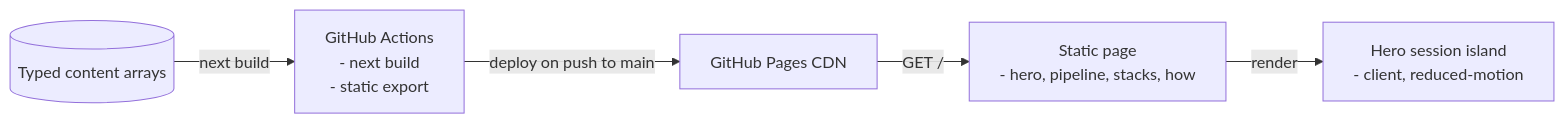
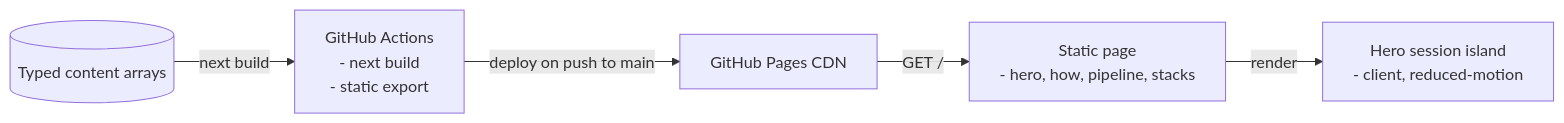
One commit to elleskay/platform-site changed the first of 4 diagrams in README.md. Above: the diagram before and after it, drawn with Mermaid. The commit also changed other lines of this file and 9 other files, not shown here.

````diff
--- a/README.md
+++ b/README.md
@@ -85,7 +85,7 @@
 ```mermaid
 flowchart LR
   Content[("Typed content arrays")] -->|"next build"| Build["GitHub Actions<br/>- next build<br/>- static export"]
   Build -->|"deploy on push to main"| CDN["GitHub Pages CDN"]
-  CDN -->|"GET /"| Page["Static page<br/>- hero, pipeline, stacks, how"]
+  CDN -->|"GET /"| Page["Static page<br/>- hero, how, pipeline, stacks"]
   Page -->|"render"| Hero["Hero session island<br/>- client, reduced-motion"]
 ```
````
